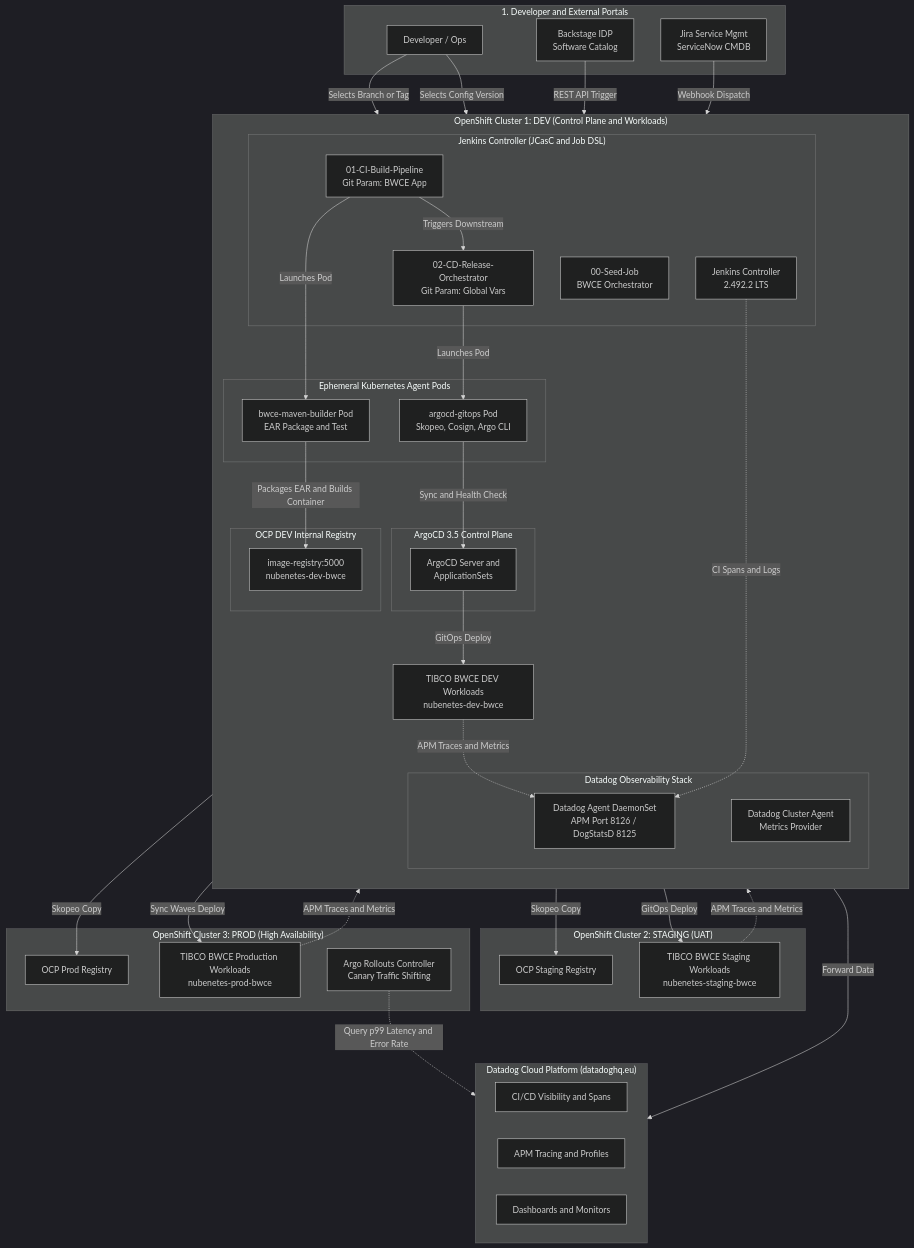
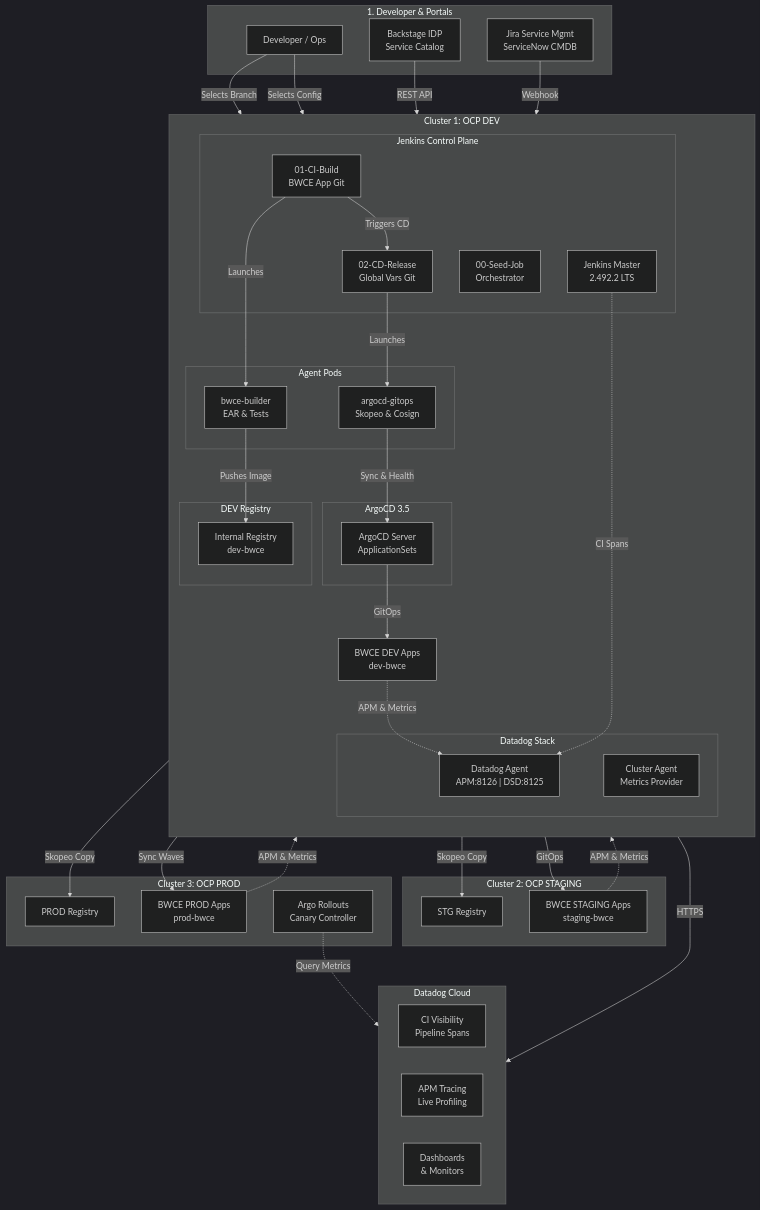
The first of 10 diagrams in README.md (nubenetes/jenkins-git-parameter-bwce), drawn with Mermaid (dark theme) before and after one commit. The commit also changed other lines of this file, not shown here.

Commit message:
fix(docs): format all diagram nodes with compact line lengths to prevent browser text clipping

````diff
--- a/README.md
+++ b/README.md
@@ -47,80 +47,80 @@
 ```mermaid
 flowchart TB
-    subgraph DevSystems ["1. Developer and External Portals"]
+    subgraph DevSystems ["1. Developer & Portals"]
         Dev["Developer / Ops"]
-        Backstage["Backstage IDP<br/>Software Catalog"]
+        Backstage["Backstage IDP<br/>Service Catalog"]
         ITSM["Jira Service Mgmt<br/>ServiceNow CMDB"]
     end
 
-    subgraph OCP_DEV ["OpenShift Cluster 1: DEV (Control Plane and Workloads)"]
+    subgraph OCP_DEV ["Cluster 1: OCP DEV"]
         direction TB
-        subgraph JenkinsPlatform ["Jenkins Controller (JCasC and Job DSL)"]
-            Master["Jenkins Controller<br/>2.492.2 LTS"]
-            Seed["00-Seed-Job<br/>BWCE Orchestrator"]
-            CIJob["01-CI-Build-Pipeline<br/>Git Param: BWCE App"]
-            CDJob["02-CD-Release-Orchestrator<br/>Git Param: Global Vars"]
+        subgraph JenkinsPlatform ["Jenkins Control Plane"]
+            Master["Jenkins Master<br/>2.492.2 LTS"]
+            Seed["00-Seed-Job<br/>Orchestrator"]
+            CIJob["01-CI-Build<br/>BWCE App Git"]
+            CDJob["02-CD-Release<br/>Global Vars Git"]
         end
 
-        subgraph Agents ["Ephemeral Kubernetes Agent Pods"]
-            BwceAgent["bwce-maven-builder Pod<br/>EAR Package and Test"]
-            GitOpsAgent["argocd-gitops Pod<br/>Skopeo, Cosign, Argo CLI"]
+        subgraph Agents ["Agent Pods"]
+            BwceAgent["bwce-builder<br/>EAR & Tests"]
+            GitOpsAgent["argocd-gitops<br/>Skopeo & Cosign"]
         end
 
-        subgraph OCPDevRegistry ["OCP DEV Internal Registry"]
-            DevReg["image-registry:5000<br/>nubenetes-dev-bwce"]
+        subgraph OCPDevRegistry ["DEV Registry"]
+            DevReg["Internal Registry<br/>dev-bwce"]
         end
 
-        subgraph ArgoCDMaster ["ArgoCD 3.5 Control Plane"]
-            ArgoServer["ArgoCD Server and<br/>ApplicationSets"]
+        subgraph ArgoCDMaster ["ArgoCD 3.5"]
+            ArgoServer["ArgoCD Server<br/>ApplicationSets"]
         end
 
-        subgraph DatadogAgentStack ["Datadog Observability Stack"]
-            DDAgent["Datadog Agent DaemonSet<br/>APM Port 8126 / DogStatsD 8125"]
-            DDCluster["Datadog Cluster Agent<br/>Metrics Provider"]
+        subgraph DatadogAgentStack ["Datadog Stack"]
+            DDAgent["Datadog Agent<br/>APM:8126 | DSD:8125"]
+            DDCluster["Cluster Agent<br/>Metrics Provider"]
         end
 
-        DevApps["TIBCO BWCE DEV Workloads<br/>nubenetes-dev-bwce"]
+        DevApps["BWCE DEV Apps<br/>dev-bwce"]
     end
 
-    subgraph OCP_STG ["OpenShift Cluster 2: STAGING (UAT)"]
-        StgReg["OCP Staging Registry"]
-        StgApps["TIBCO BWCE Staging Workloads<br/>nubenetes-staging-bwce"]
+    subgraph OCP_STG ["Cluster 2: OCP STAGING"]
+        StgReg["STG Registry"]
+        StgApps["BWCE STAGING Apps<br/>staging-bwce"]
     end
 
-    subgraph OCP_PRD ["OpenShift Cluster 3: PROD (High Availability)"]
-        PrdReg["OCP Prod Registry"]
-        PrdApps["TIBCO BWCE Production Workloads<br/>nubenetes-prod-bwce"]
-        RolloutCtrl["Argo Rollouts Controller<br/>Canary Traffic Shifting"]
+    subgraph OCP_PRD ["Cluster 3: OCP PROD"]
+        PrdReg["PROD Registry"]
+        PrdApps["BWCE PROD Apps<br/>prod-bwce"]
+        RolloutCtrl["Argo Rollouts<br/>Canary Controller"]
     end
 
-    subgraph DatadogCloud ["Datadog Cloud Platform (datadoghq.eu)"]
-        DDCIVis["CI/CD Visibility and Spans"]
-        DDAPM["APM Tracing and Profiles"]
-        DDDash["Dashboards and Monitors"]
+    subgraph DatadogCloud ["Datadog Cloud"]
+        DDCIVis["CI Visibility<br/>Pipeline Spans"]
+        DDAPM["APM Tracing<br/>Live Profiling"]
+        DDDash["Dashboards<br/>& Monitors"]
     end
 
-    Dev -->|Selects Branch or Tag| CIJob
-    Dev -->|Selects Config Version| CDJob
-    Backstage -->|REST API Trigger| CDJob
-    ITSM -->|Webhook Dispatch| CDJob
+    Dev -->|"Selects Branch"| CIJob
+    Dev -->|"Selects Config"| CDJob
+    Backstage -->|"REST API"| CDJob
+    ITSM -->|"Webhook"| CDJob
 
-    CIJob -->|Launches Pod| BwceAgent
-    BwceAgent -->|Packages EAR and Builds Container| DevReg
-    CIJob -->|Triggers Downstream| CDJob
+    CIJob -->|"Launches"| BwceAgent
+    BwceAgent -->|"Pushes Image"| DevReg
+    CIJob -->|"Triggers CD"| CDJob
 
-    CDJob -->|Launches Pod| GitOpsAgent
-    GitOpsAgent -->|Skopeo Copy| StgReg
-    GitOpsAgent -->|Skopeo Copy| PrdReg
-    GitOpsAgent -->|Sync and Health Check| ArgoServer
+    CDJob -->|"Launches"| GitOpsAgent
+    GitOpsAgent -->|"Skopeo Copy"| StgReg
+    GitOpsAgent -->|"Skopeo Copy"| PrdReg
+    GitOpsAgent -->|"Sync & Health"| ArgoServer
 
-    ArgoServer -->|GitOps Deploy| DevApps
-    ArgoServer -->|GitOps Deploy| StgApps
-    ArgoServer -->|Sync Waves Deploy| PrdApps
+    ArgoServer -->|"GitOps"| DevApps
+    ArgoServer -->|"GitOps"| StgApps
+    ArgoServer -->|"Sync Waves"| PrdApps
 
-    Master -.->|CI Spans and Logs| DDAgent
-    DevApps -.->|APM Traces and Metrics| DDAgent
-    StgApps -.->|APM Traces and Metrics| DDAgent
-    PrdApps -.->|APM Traces and Metrics| DDAgent
-    DDAgent -->|Forward Data| DatadogCloud
-    RolloutCtrl -.->|Query p99 Latency and Error Rate| DatadogCloud
+    Master -.->|"CI Spans"| DDAgent
+    DevApps -.->|"APM & Metrics"| DDAgent
+    StgApps -.->|"APM & Metrics"| DDAgent
+    PrdApps -.->|"APM & Metrics"| DDAgent
+    DDAgent -->|"HTTPS"| DatadogCloud
+    RolloutCtrl -.->|"Query Metrics"| DatadogCloud
 ```
````
